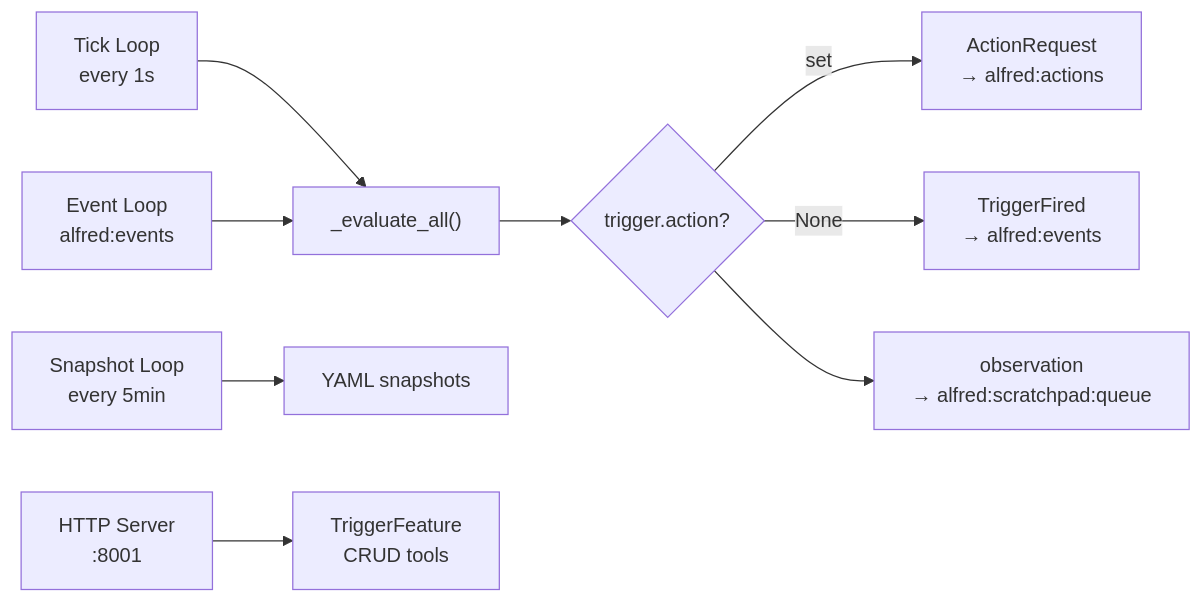
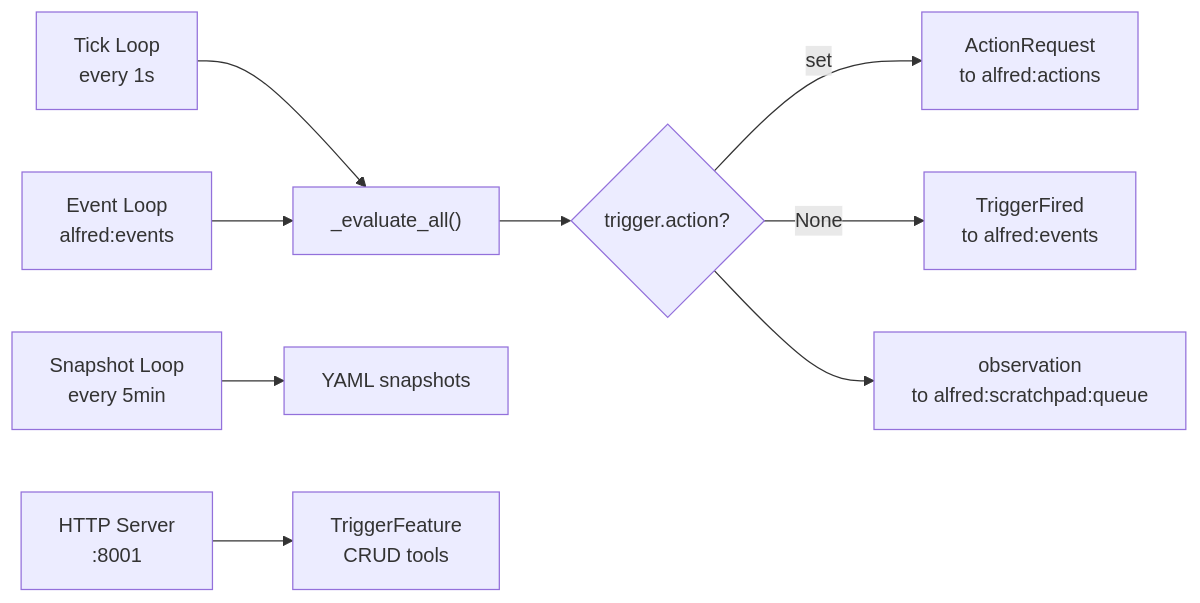
The second of 5 diagrams in docs/trigger-engine.md (anirudhlath/alfred), drawn with Mermaid before and after one commit. The commit also changed other lines of this file, not shown here.

Commit message:
fix(docs): replace arrow chars in mermaid node labels
Mermaid interprets → inside quoted node labels as arrows, breaking
diagram rendering. Replace with plain text alternatives.

````diff
--- a/docs/trigger-engine.md
+++ b/docs/trigger-engine.md
@@ -78,11 +78,11 @@
 ```mermaid
 graph LR
     Tick["Tick Loop<br/>every 1s"] --> Eval["_evaluate_all()"]
     Event["Event Loop<br/>alfred:events"] --> Eval
     Eval --> Fire{trigger.action?}
-    Fire -->|set| AR["ActionRequest<br/>→ alfred:actions"]
-    Fire -->|None| TF["TriggerFired<br/>→ alfred:events"]
-    Fire --> SP["observation<br/>→ alfred:scratchpad:queue"]
+    Fire -->|set| AR["ActionRequest<br/>to alfred:actions"]
+    Fire -->|None| TF["TriggerFired<br/>to alfred:events"]
+    Fire --> SP["observation<br/>to alfred:scratchpad:queue"]
     Snap["Snapshot Loop<br/>every 5min"] --> Disk["YAML snapshots"]
     HTTP["HTTP Server<br/>:8001"] --> CRUD["TriggerFeature<br/>CRUD tools"]
 ```
````
